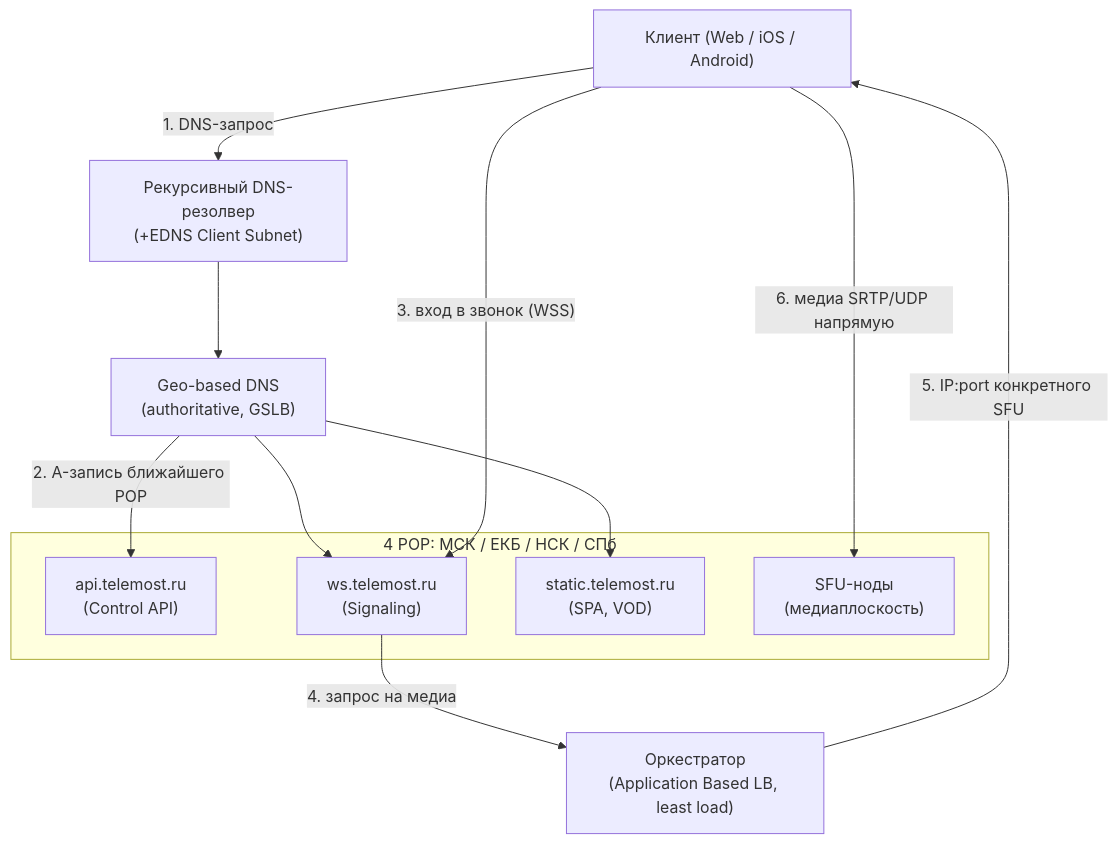
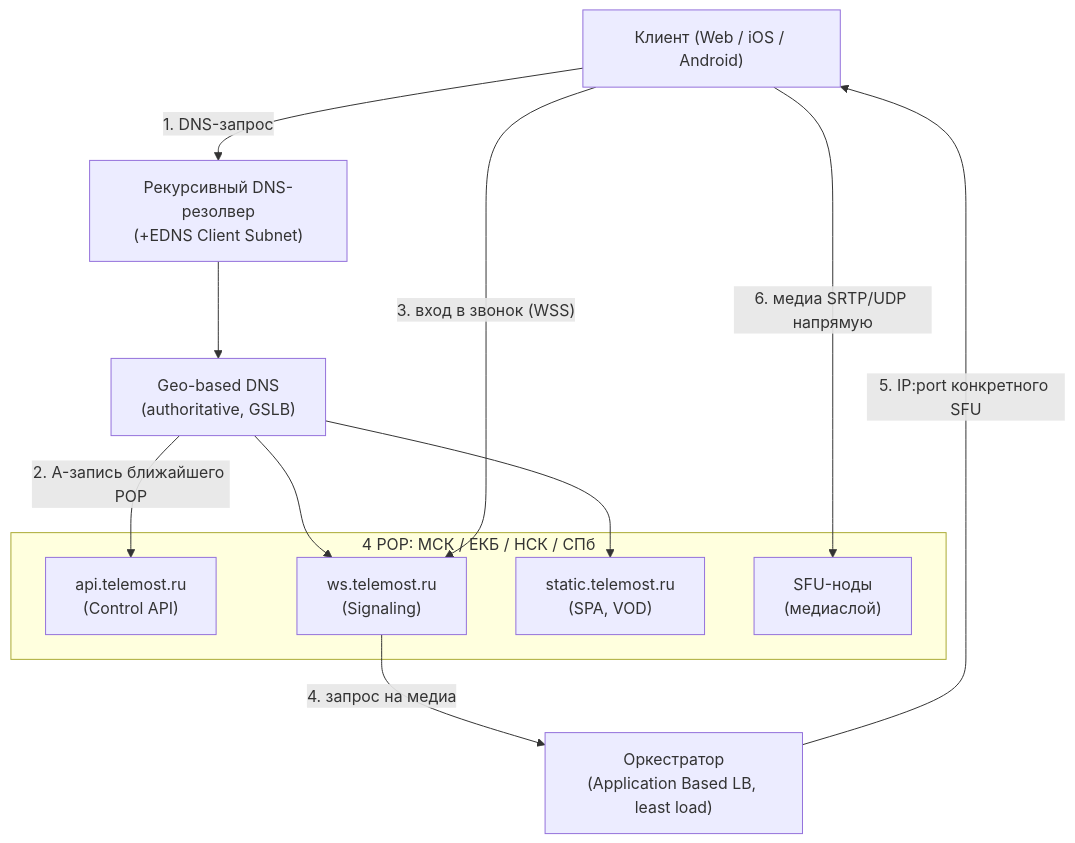
The first of 5 diagrams in README.md (armishev/highload_course_project), drawn with Mermaid before and after one commit. The commit also changed other lines of this file, not shown here.

````diff
--- a/README.md
+++ b/README.md
@@ -467,23 +467,23 @@
 ```mermaid
 flowchart TD
     U["Клиент (Web / iOS / Android)"]
     R["Рекурсивный DNS-резолвер<br/>(+EDNS Client Subnet)"]
     G["Geo-based DNS<br/>(authoritative, GSLB)"]
     O["Оркестратор<br/>(Application Based LB, least load)"]
 
     subgraph POPs["4 POP: МСК / ЕКБ / НСК / СПб"]
         E1["api.telemost.ru<br/>(Control API)"]
         E2["ws.telemost.ru<br/>(Signaling)"]
         E3["static.telemost.ru<br/>(SPA, VOD)"]
-        SFU["SFU-ноды<br/>(медиаплоскость)"]
+        SFU["SFU-ноды<br/>(медиаслой)"]
     end
 
     U -->|"1. DNS-запрос"| R --> G
     G -->|"2. A-запись ближайшего POP"| E1
     G --> E2
     G --> E3
     U -->|"3. вход в звонок (WSS)"| E2
     E2 -->|"4. запрос на медиа"| O
     O -->|"5. IP:port конкретного SFU"| U
     U -->|"6. медиа SRTP/UDP напрямую"| SFU
 ```
````
